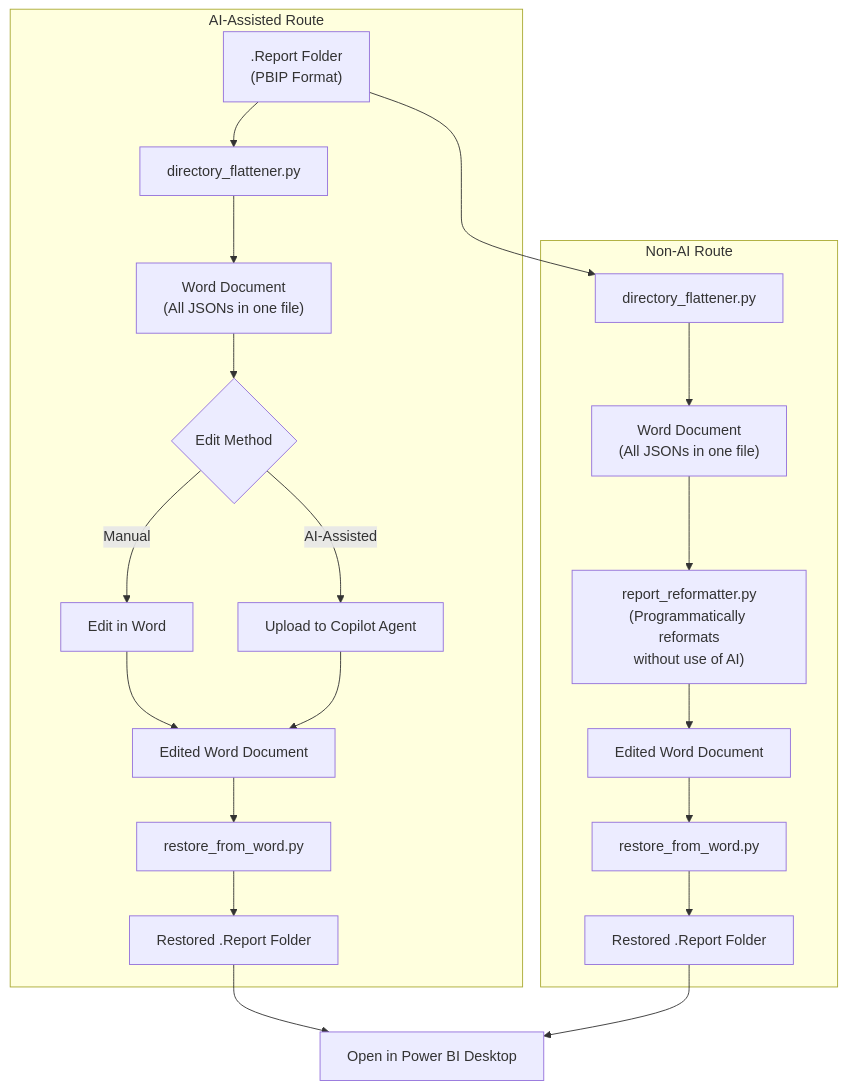
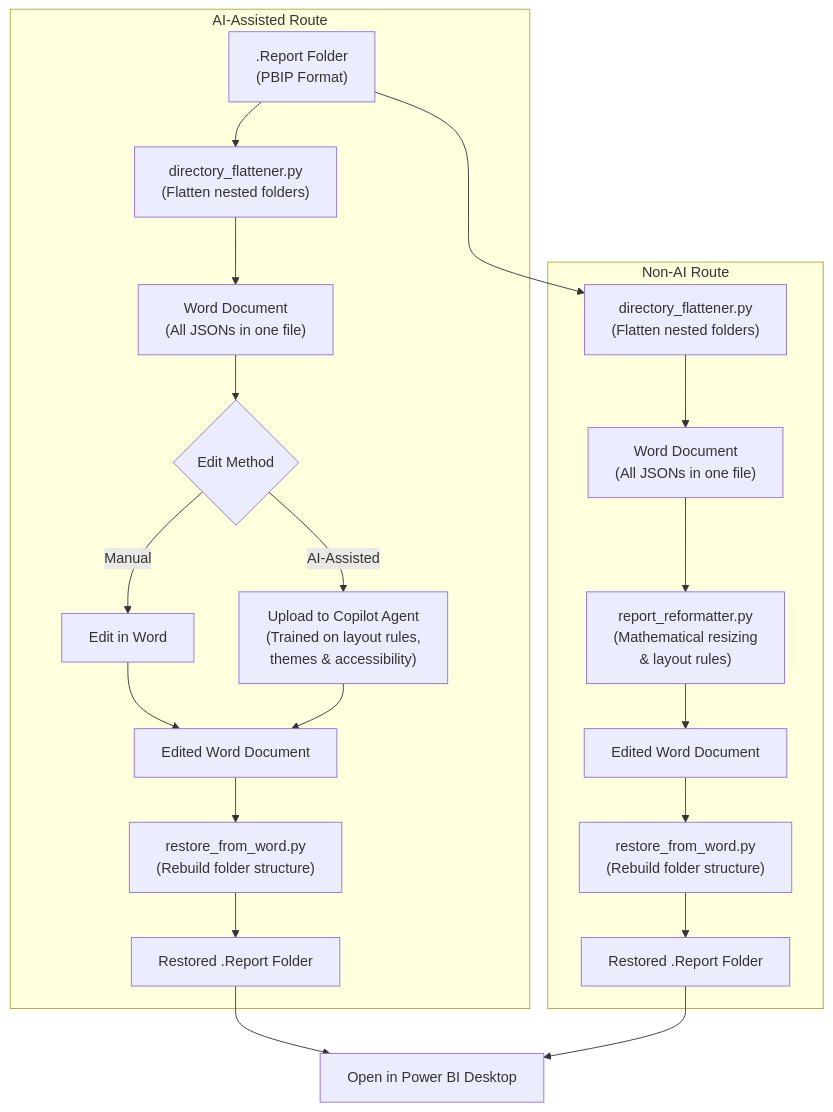
One commit to jennifer-hunter/Power_BI_agent_KB changed the diagram in README.md. Above: the diagram before and after it, drawn with Mermaid. The commit also changed other lines of this file, not shown here.

````diff
--- a/README.md
+++ b/README.md
@@ -150,28 +150,28 @@
 ```mermaid
 flowchart TD
     A[".Report Folder<br/>(PBIP Format)"]
 
     subgraph "AI-Assisted Route"
-        A --> B["directory_flattener.py"]
+        A --> B["directory_flattener.py<br/>(Flatten nested folders)"]
         B --> C["Word Document<br/>(All JSONs in one file)"]
         C --> D{"Edit Method"}
         D -->|Manual| E["Edit in Word"]
-        D -->|AI-Assisted| F["Upload to Copilot Agent"]
+        D -->|AI-Assisted| F["Upload to Copilot Agent<br/>(Trained on layout rules,<br/>themes & accessibility)"]
         E --> G["Edited Word Document"]
         F --> G
-        G --> H["restore_from_word.py"]
+        G --> H["restore_from_word.py<br/>(Rebuild folder structure)"]
         H --> I["Restored .Report Folder"]
     end
 
     subgraph "Non-AI Route"
-        A --> K["directory_flattener.py"]
+        A --> K["directory_flattener.py<br/>(Flatten nested folders)"]
         K --> L["Word Document<br/>(All JSONs in one file)"]
-        L --> M["report_reformatter.py<br/>(Programmatically reformats<br/>without use of AI)"]
+        L --> M["report_reformatter.py<br/>(Mathematical resizing<br/>& layout rules)"]
         M --> N["Edited Word Document"]
-        N --> O["restore_from_word.py"]
+        N --> O["restore_from_word.py<br/>(Rebuild folder structure)"]
         O --> P["Restored .Report Folder"]
     end
 
     I --> J["Open in Power BI Desktop"]
     P --> J
 ```
````
